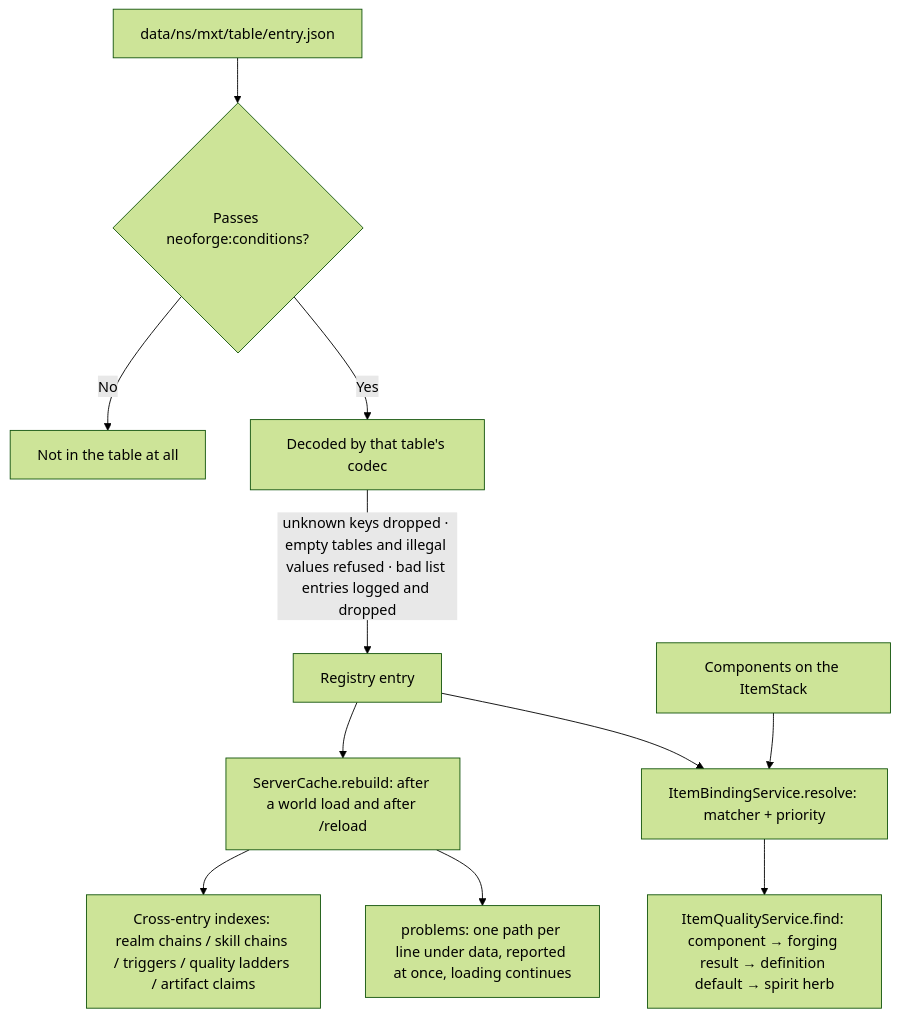
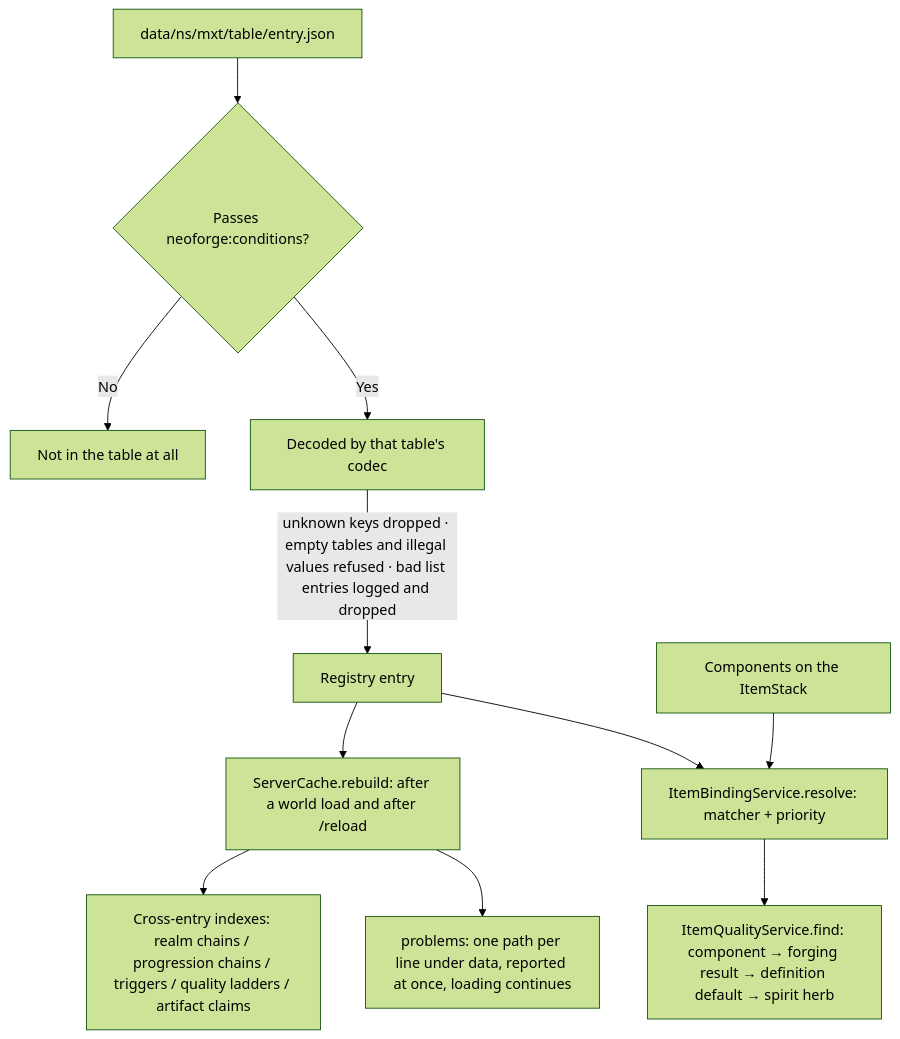
Before and after one commit to IAFEnvoy/mxt-docs: the diagram in docs/en/technical/data-loading.md, drawn with Mermaid (forest theme). The commit also changed other lines of this file and 87 other files, not shown here.

````diff
--- a/docs/en/technical/data-loading.md
+++ b/docs/en/technical/data-loading.md
@@ -52,13 +52,13 @@
 ```mermaid
 flowchart TD
     A["data/ns/mxt/table/entry.json"] --> B{"Passes neoforge:conditions?"}
     B -->|No| X["Not in the table at all"]
     B -->|Yes| C["Decoded by that table's codec"]
     C -->|"unknown keys dropped · empty tables and illegal values refused · bad list entries logged and dropped"| D["Registry entry"]
     D --> E["ServerCache.rebuild: after a world load and after /reload"]
-    E --> F["Cross-entry indexes: realm chains / skill chains / triggers / quality ladders / artifact claims"]
+    E --> F["Cross-entry indexes: realm chains / progression chains / triggers / quality ladders / artifact claims"]
     E --> G["problems: one path per line under data, reported at once, loading continues"]
     D --> H["ItemBindingService.resolve: matcher + priority"]
     I["Components on the ItemStack"] --> H
     H --> J["ItemQualityService.find: component → forging result → definition default → spirit herb"]
 ```
````
